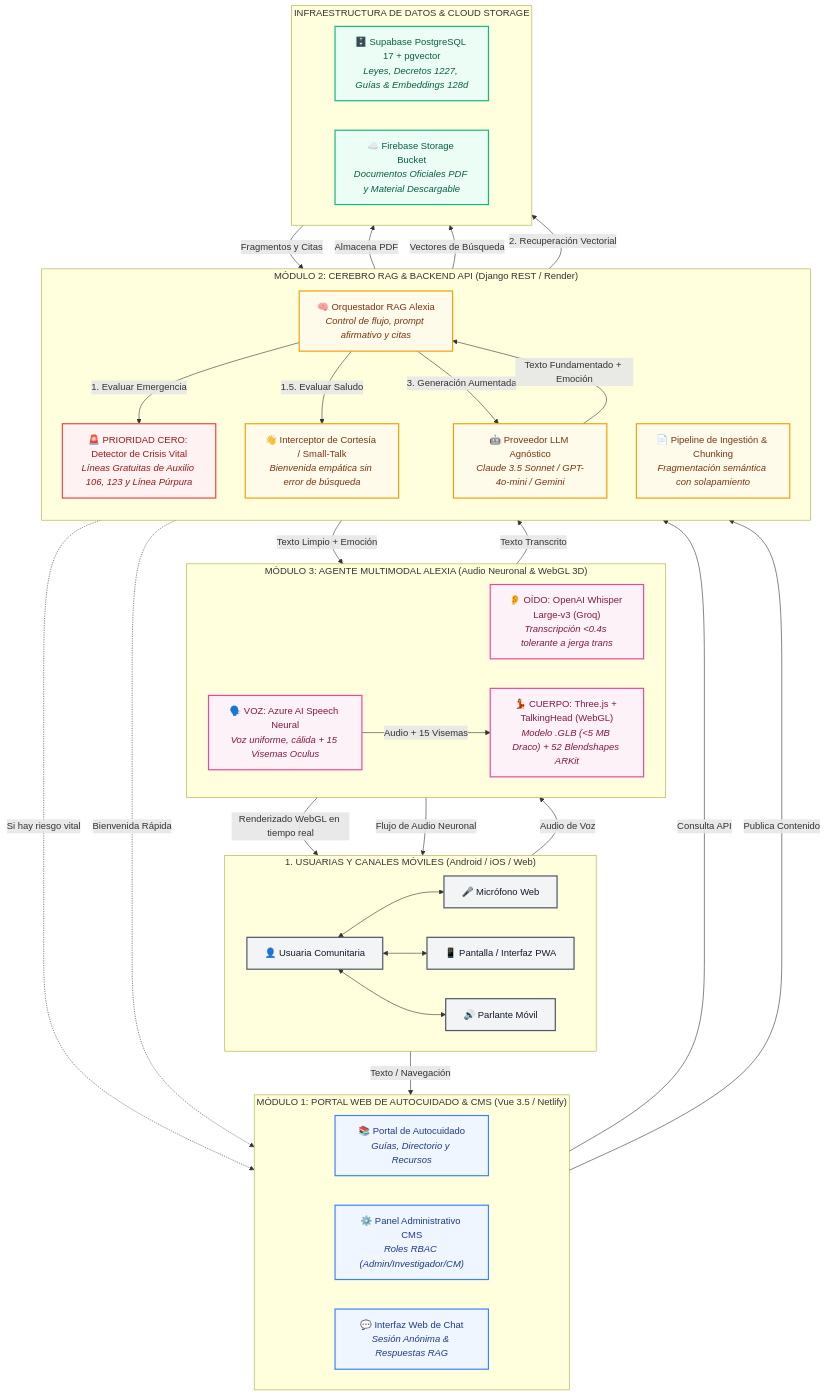
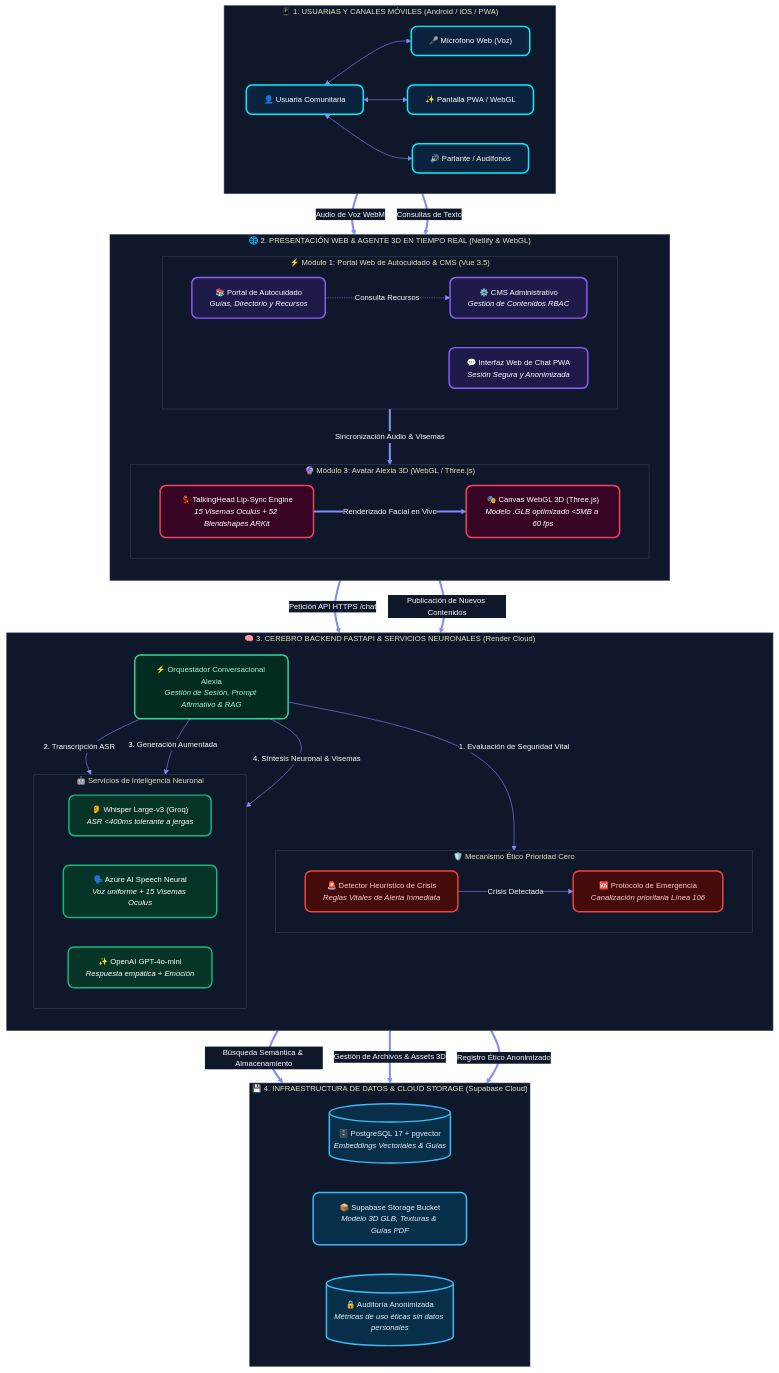
Before and after one commit to lxiadevproject-prog/lxia_be: the diagram in docs/propuestas/arquitectura_transluz.mmd, drawn with Mermaid. The commit also changed 4 other files, not shown here.

Commit message:
style: update architecture diagram with modern cyber-dark palette and centered 4-tier stack

```diff
--- a/docs/propuestas/arquitectura_transluz.mmd
+++ b/docs/propuestas/arquitectura_transluz.mmd
@@ -1,79 +1,111 @@
+%%{init: {
+  'theme': 'base',
+  'themeVariables': {
+    'background': '#0A0F1D',
+    'primaryColor': '#111827',
+    'primaryTextColor': '#F9FAFB',
+    'primaryBorderColor': '#38BDF8',
+    'lineColor': '#818CF8',
+    'secondaryColor': '#0F172A',
+    'tertiaryColor': '#1E1B4B',
+    'clusterBkg': '#0F172A',
+    'clusterBorder': '#334155',
+    'defaultLinkColor': '#38BDF8',
+    'fontFamily': 'Inter, system-ui, -apple-system, sans-serif',
+    'fontSize': '13px'
+  }
+}}%%
 flowchart TD
-    %% Estilos Profesionales
-    classDef userClass fill:#F3F4F6,stroke:#4B5563,stroke-width:2px,color:#111827;
-    classDef m1Class fill:#EFF6FF,stroke:#3B82F6,stroke-width:2px,color:#1E3A8A;
-    classDef m3Class fill:#FDF2F8,stroke:#EC4899,stroke-width:2px,color:#831843;
-    classDef m2Class fill:#FFFBEB,stroke:#F59E0B,stroke-width:2px,color:#78350F;
-    classDef ethicsClass fill:#FEF2F2,stroke:#EF4444,stroke-width:2px,color:#991B1B;
-    classDef dataClass fill:#ECFDF5,stroke:#10B981,stroke-width:2px,color:#065F46;
+    %% Estilos Modernos Dark Cyber Pro (Vibrant Neon Glow)
+    classDef clientCard fill:#0C2340,stroke:#00F0FF,stroke-width:2.5px,color:#FFFFFF,rx:10px;
+    classDef m1Card fill:#1E1B4B,stroke:#8B5CF6,stroke-width:2.5px,color:#FFFFFF,rx:10px;
+    classDef m3Card fill:#380424,stroke:#F43F5E,stroke-width:2.5px,color:#FFFFFF,rx:10px;
+    classDef m2Card fill:#063528,stroke:#10B981,stroke-width:2.5px,color:#FFFFFF,rx:10px;
+    classDef orchCard fill:#022C22,stroke:#34D399,stroke-width:2.5px,color:#A7F3D0,rx:10px;
+    classDef crisisCard fill:#450A0A,stroke:#EF4444,stroke-width:2.5px,color:#FECACA,rx:10px;
+    classDef dataCard fill:#082F49,stroke:#38BDF8,stroke-width:2.5px,color:#E0F2FE,rx:10px;
 
-    subgraph SEC_USER ["1. USUARIAS Y CANALES MÓVILES (Android / iOS / Web)"]
+    %% 1. USUARIAS Y CANALES MÓVILES (TOP)
+    subgraph L1 ["📱 1. USUARIAS Y CANALES MÓVILES (Android / iOS / PWA)"]
         direction LR
         U["👤 Usuaria Comunitaria"]
-        MIC["🎤 Micrófono Web"]
-        UI["📱 Pantalla / Interfaz PWA"]
-        SPK["🔊 Parlante Móvil"]
+        MIC["🎤 Micrófono Web (Voz)"]
+        UI["✨ Pantalla PWA / WebGL"]
+        SPK["🔊 Parlante / Audífonos"]
         U <--> MIC
         U <--> UI
         U <--> SPK
     end
-    class U,MIC,UI,SPK userClass;
+    class U,MIC,UI,SPK clientCard;
 
-    subgraph SEC_FRONT ["MÓDULO 1: PORTAL WEB DE AUTOCUIDADO & CMS (Vue 3.5 / Netlify)"]
+    %% 2. PRESENTACIÓN WEB Y AGENTE VIRTUAL 3D
+    subgraph L2 ["🌐 2. PRESENTACIÓN WEB & AGENTE 3D EN TIEMPO REAL (Netlify & WebGL)"]
+        direction TB
+        subgraph M1_BOX ["⚡ Módulo 1: Portal Web de Autocuidado & CMS (Vue 3.5)"]
+            direction LR
+            PORTAL["📚 Portal de Autocuidado<br/><i>Guías, Directorio y Recursos</i>"]
+            CMS["⚙️ CMS Administrativo<br/><i>Gestión de Contenidos RBAC</i>"]
+            CHAT_UI["💬 Interfaz Web de Chat PWA<br/><i>Sesión Segura y Anonimizada</i>"]
+        end
+        subgraph M3_BOX ["🔮 Módulo 3: Avatar Alexia 3D (WebGL / Three.js)"]
+            direction LR
+            HEAD["💃 TalkingHead Lip-Sync Engine<br/><i>15 Visemas Oculus + 52 Blendshapes ARKit</i>"]
+            CANVAS["🎭 Canvas WebGL 3D (Three.js)<br/><i>Modelo .GLB optimizado <5MB a 60 fps</i>"]
+        end
+    end
+    class PORTAL,CMS,CHAT_UI m1Card;
+    class HEAD,CANVAS m3Card;
+
+    %% 3. CEREBRO BACKEND FASTAPI & IA NEURONAL
+    subgraph L3 ["🧠 3. CEREBRO BACKEND FASTAPI & SERVICIOS NEURONALES (Render Cloud)"]
+        direction TB
+        ORCH["⚡ Orquestador Conversacional Alexia<br/><i>Gestión de Sesión, Prompt Afirmativo & RAG</i>"]
+
+        subgraph ETHICS_ROW ["🛡️ Mecanismo Ético Prioridad Cero"]
+            direction LR
+            SAFETY["🚨 Detector Heurístico de Crisis<br/><i>Reglas Vitales de Alerta Inmediata</i>"]
+            LINE106["🆘 Protocolo de Emergencia<br/><i>Canalización prioritaria Línea 106</i>"]
+        end
+
+        subgraph AI_ROW ["🤖 Servicios de Inteligencia Neuronal"]
+            direction LR
+            WHISPER["👂 Whisper Large-v3 (Groq)<br/><i>ASR <400ms tolerante a jergas</i>"]
+            AZURE["🗣️ Azure AI Speech Neural<br/><i>Voz uniforme + 15 Visemas Oculus</i>"]
+            LLM["✨ OpenAI GPT-4o-mini<br/><i>Respuesta empática + Emoción</i>"]
+        end
+    end
+    class ORCH orchCard;
+    class WHISPER,AZURE,LLM m2Card;
+    class SAFETY,LINE106 crisisCard;
+
+    %% 4. CAPA DE DATOS Y STORAGE (BOTTOM)
+    subgraph L4 ["💾 4. INFRAESTRUCTURA DE DATOS & CLOUD STORAGE (Supabase Cloud)"]
         direction LR
-        PORTAL["📚 Portal de Autocuidado<br/><i>Guías, Directorio y Recursos</i>"]
-        CMS["⚙️ Panel Administrativo CMS<br/><i>Roles RBAC (Admin/Investigador/CM)</i>"]
-        CHAT_UI["💬 Interfaz Web de Chat<br/><i>Sesión Anónima & Respuestas RAG</i>"]
+        PGVECTOR[("🗄️ PostgreSQL 17 + pgvector<br/><i>Embeddings Vectoriales & Guías</i>")]
+        STORAGE["📦 Supabase Storage Bucket<br/><i>Modelo 3D GLB, Texturas & Guías PDF</i>"]
+        AUDIT[("🔒 Auditoría Anonimizada<br/><i>Métricas de uso éticas sin datos personales</i>")]
     end
-    class PORTAL,CMS,CHAT_UI m1Class;
+    class PGVECTOR,STORAGE,AUDIT dataCard;
 
-    subgraph SEC_M3 ["MÓDULO 3: AGENTE MULTIMODAL ALEXIA (Audio Neuronal & WebGL 3D)"]
-        direction LR
-        OIDO["👂 OÍDO: OpenAI Whisper Large-v3 (Groq)<br/><i>Transcripción <0.4s tolerante a jerga trans</i>"]
-        VOZ["🗣️ VOZ: Azure AI Speech Neural<br/><i>Voz uniforme, cálida + 15 Visemas Oculus</i>"]
-        CUERPO["💃 CUERPO: Three.js + TalkingHead (WebGL)<br/><i>Modelo .GLB (<5 MB Draco) + 52 Blendshapes ARKit</i>"]
-    end
-    class OIDO,VOZ,CUERPO m3Class;
+    %% CONEXIONES DE CAPA A CAPA (Columna Vertebral Perfecta)
+    MIC ==>|Audio de Voz WebM| CHAT_UI
+    UI ==>|Consultas de Texto| CHAT_UI
+    PORTAL -.->|Consulta Recursos| CMS
+    CHAT_UI ==>|Sincronización Audio & Visemas| HEAD
+    HEAD ==>|Renderizado Facial en Vivo| CANVAS
 
-    subgraph SEC_M2 ["MÓDULO 2: CEREBRO RAG & BACKEND API (Django REST / Render)"]
-        direction TB
-        CRISIS["🚨 PRIORIDAD CERO: Detector de Crisis Vital<br/><i>Líneas Gratuitas de Auxilio 106, 123 y Línea Púrpura</i>"]
-        GREET["👋 Interceptor de Cortesía / Small-Talk<br/><i>Bienvenida empática sin error de búsqueda</i>"]
-        ORCH["🧠 Orquestador RAG Alexia<br/><i>Control de flujo, prompt afirmativo y citas</i>"]
-        LLM["🤖 Proveedor LLM Agnóstico<br/><i>Claude 3.5 Sonnet / GPT-4o-mini / Gemini</i>"]
-        INGEST["📄 Pipeline de Ingestión & Chunking<br/><i>Fragmentación semántica con solapamiento</i>"]
-    end
-    class CRISIS ethicsClass;
-    class GREET,ORCH,LLM,INGEST m2Class;
+    %% Capa 2 a Capa 3
+    CHAT_UI ==>|Petición API HTTPS /chat| ORCH
+    CMS ==>|Publicación de Nuevos Contenidos| ORCH
 
-    subgraph SEC_DATA ["INFRAESTRUCTURA DE DATOS & CLOUD STORAGE"]
-        direction LR
-        SUPABASE["🗄️ Supabase PostgreSQL 17 + pgvector<br/><i>Leyes, Decretos 1227, Guías & Embeddings 128d</i>"]
-        STORAGE["☁️ Firebase Storage Bucket<br/><i>Documentos Oficiales PDF y Material Descargable</i>"]
-    end
-    class SUPABASE,STORAGE dataClass;
+    %% Enrutamiento Interno en Backend
+    ORCH -->|1. Evaluación de Seguridad Vital| SAFETY
+    SAFETY -->|Crisis Detectada| LINE106
+    ORCH -->|2. Transcripción ASR| WHISPER
+    ORCH -->|3. Generación Aumentada| LLM
+    ORCH -->|4. Síntesis Neuronal & Visemas| AZURE
 
-    %% Conexiones de Entrada
-    MIC -->|Audio de Voz| OIDO
-    OIDO -->|Texto Transcrito| ORCH
-    UI -->|Texto / Navegación| CHAT_UI
-    CHAT_UI -->|Consulta API| ORCH
-    CMS -->|Publica Contenido| INGEST
-    INGEST -->|Almacena PDF| STORAGE
-    INGEST -->|Vectores de Búsqueda| SUPABASE
-
-    %% Flujo RAG Interno
-    ORCH -->|1. Evaluar Emergencia| CRISIS
-    CRISIS -.->|Si hay riesgo vital| CHAT_UI
-    ORCH -->|1.5. Evaluar Saludo| GREET
-    GREET -.->|Bienvenida Rápida| CHAT_UI
-    ORCH -->|2. Recuperación Vectorial| SUPABASE
-    SUPABASE -->|Fragmentos y Citas| ORCH
-    ORCH -->|3. Generación Aumentada| LLM
-    LLM -->|Texto Fundamentado + Emoción| ORCH
-
-    %% Salida Multimodal
-    ORCH -->|Texto Limpio + Emoción| VOZ
-    VOZ -->|Audio + 15 Visemas| CUERPO
-    CUERPO -->|Renderizado WebGL en tiempo real| UI
-    VOZ -->|Flujo de Audio Neuronal| SPK
+    %% Capa 3 a Capa 4
+    ORCH ==>|Búsqueda Semántica & Almacenamiento| PGVECTOR
+    ORCH ==>|Gestión de Archivos & Assets 3D| STORAGE
+    ORCH ==>|Registro Ético Anonimizado| AUDIT
```
